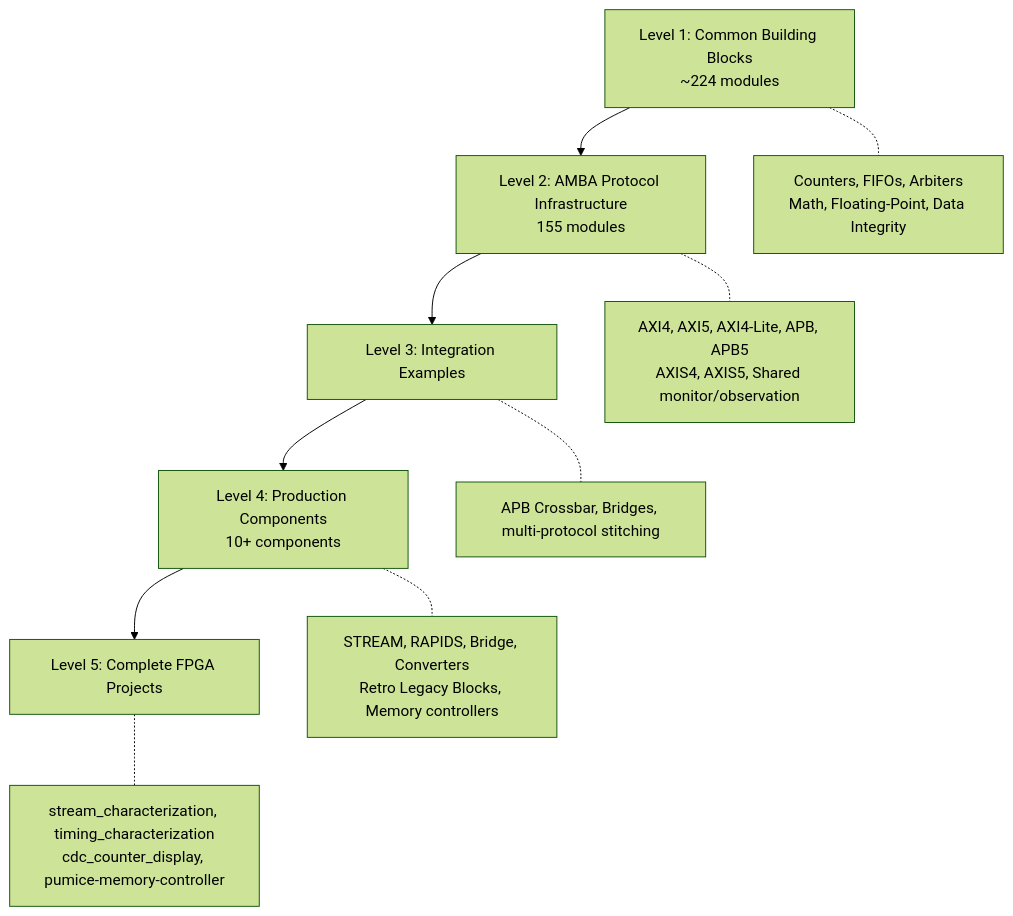
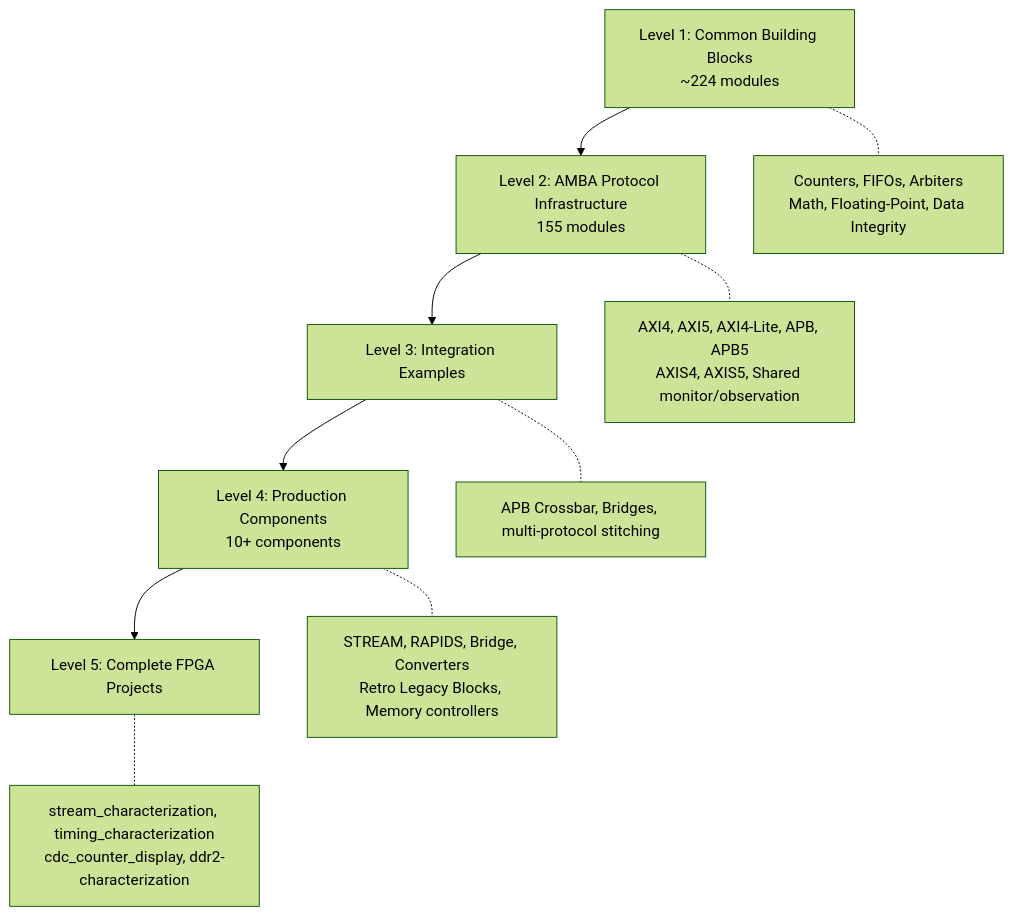
Before and after one commit to sean-galloway/RTLDesignSherpa: the diagram in README.md, drawn with Mermaid (forest theme). The commit also changed other lines of this file and 221 other files, not shown here.

````diff
--- a/README.md
+++ b/README.md
@@ -77,19 +77,19 @@
 ```mermaid
 graph TD
     L1[Level 1: Common Building Blocks<br/>~224 modules] --> L2[Level 2: AMBA Protocol Infrastructure<br/>155 modules]
     L2 --> L3[Level 3: Integration Examples]
     L3 --> L4[Level 4: Production Components<br/>10+ components]
     L4 --> L5[Level 5: Complete FPGA Projects]
 
     L1 -.- L1D[Counters, FIFOs, Arbiters<br/>Math, Floating-Point, Data Integrity]
     L2 -.- L2D[AXI4, AXI5, AXI4-Lite, APB, APB5<br/>AXIS4, AXIS5, Shared monitor/observation]
     L3 -.- L3D[APB Crossbar, Bridges, multi-protocol stitching]
     L4 -.- L4D[STREAM, RAPIDS, Bridge, Converters<br/>Retro Legacy Blocks, Memory controllers]
-    L5 -.- L5D[stream_characterization, timing_characterization<br/>cdc_counter_display, pumice-memory-controller]
+    L5 -.- L5D[stream_characterization, timing_characterization<br/>cdc_counter_display, ddr2-characterization]
 
     click L1 "rtl/common/" "Common Building Blocks"
     click L2 "rtl/amba/" "AMBA Protocol Infrastructure"
     click L3 "rtl/integ_amba/" "Integration Examples"
     click L4 "projects/components/" "Production Components"
     click L5 "projects/NexysA7/" "FPGA Projects"
 ```
````
